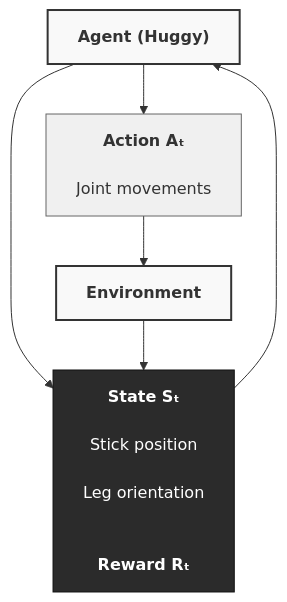
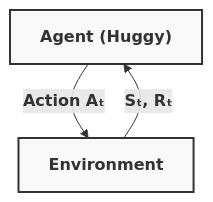
The third of 3 diagrams in units/001b-Huggy-the-dog/README.md (chizkidd/huggingface-deep-RL-course), drawn with Mermaid before and after one commit.

Commit message:
Update notes for Unit 1b huggy

````diff
--- a/units/001b-Huggy-the-dog/README.md
+++ b/units/001b-Huggy-the-dog/README.md
@@ -97,28 +97,16 @@
 ```mermaid
 graph TD
+    %% Nodes
     Agent["<b>Agent (Huggy)</b>"]
-
-    StateReward["<b>State Sₜ</b><br/>
-    Stick position<br/>
-    Leg orientation<br/><br/>
-    <b>Reward Rₜ</b>"]
-
-    Action["<b>Action Aₜ</b><br/>
-    Joint movements"]
-
     Env["<b>Environment</b>"]
 
-    %% Layout control
-    Agent --> Action
-    Agent --> StateReward
+    %% Right side: Agent to Environment (Downward)
+    Agent -- "<b>Action Aₜ</b>" --> Env
 
-    Action --> Env
-    StateReward --> Agent
-    Env --> StateReward
+    %% Left side: Environment to Agent (Upward)
+    Env -- "<b>Sₜ, Rₜ</b>" --> Agent
 
     %% Styling
     style Agent fill:#f9f9f9,stroke:#333,stroke-width:2px
     style Env fill:#f9f9f9,stroke:#333,stroke-width:2px
-    style Action fill:#f0f0f0,stroke:#666
-    style StateReward fill:#2b2b2b,color:#ffffff,stroke:#111
 ```
````
